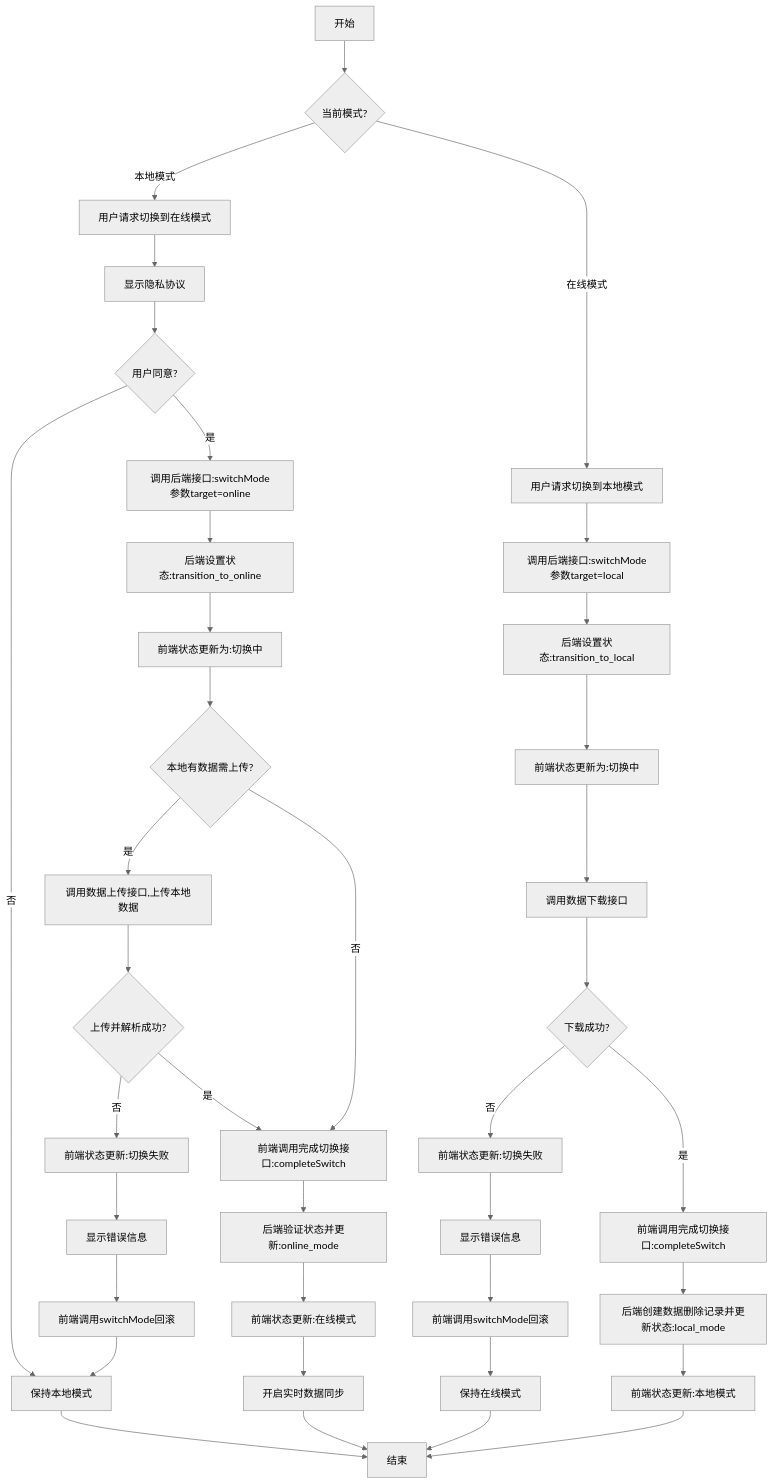
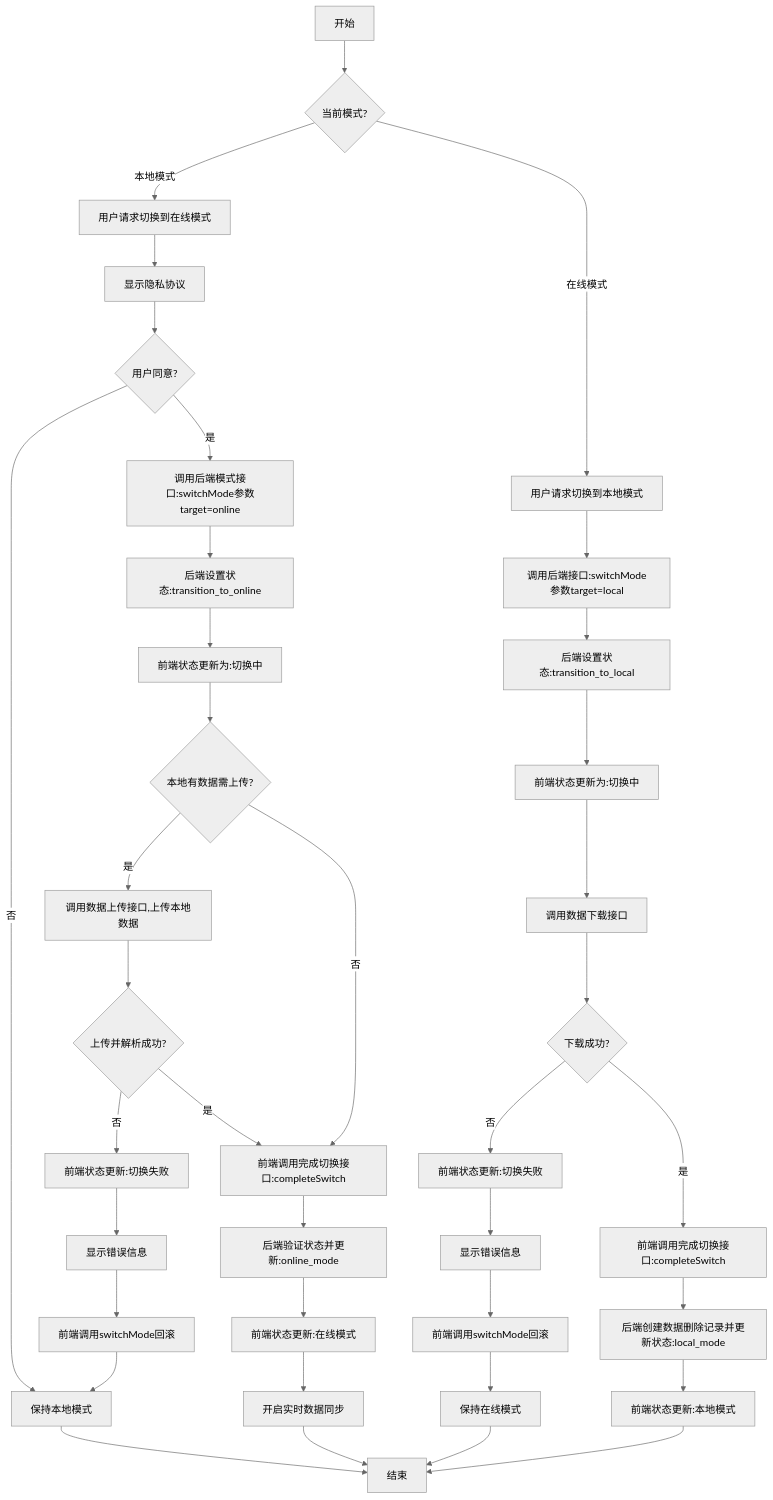
One commit to yingjianzh/iodraw-files changed the diagram in all/未命名-58.md. Above: the diagram before and after it, drawn with Mermaid (neutral theme).

Commit message:
2025-05-14 10:33:40 update

````diff
--- a/all/未命名-58.md
+++ b/all/未命名-58.md
@@ -1,51 +1,51 @@
 ```mermaid
 flowchart TD
     A[开始] --> B{当前模式?}
     
     %% 本地模式转在线模式
     B -->|本地模式| C[用户请求切换到在线模式]
     C --> D[显示隐私协议]
     D --> E{用户同意?}
     E -->|否| F[保持本地模式]
     F --> Z[结束]
     
-    E -->|是| G[调用后端接口:switchMode参数target=online]
+    E -->|是| G[调用后端模式接口:switchMode参数target=online]
     G --> H[后端设置状态:transition_to_online]
     H --> I[前端状态更新为:切换中]
     
     I --> J{本地有数据需上传?}
     
     J -->|是| L[调用数据上传接口,上传本地数据]
     L --> M{上传并解析成功?}
     M -->|否| O[前端状态更新:切换失败]
     O --> P[显示错误信息]
     P --> Q[前端调用switchMode回滚]
     Q --> F
     
     J -->|否| R[前端调用完成切换接口:completeSwitch]
     M -->|是| R
     
     R --> S[后端验证状态并更新:online_mode]
     S --> T[前端状态更新:在线模式]
     T --> U[开启实时数据同步]
     U --> Z
     
     %% 在线模式转本地模式
     B -->|在线模式| V[用户请求切换到本地模式]
     V --> W[调用后端接口:switchMode参数target=local]
     W --> X[后端设置状态:transition_to_local]
     X --> Y[前端状态更新为:切换中]
     
     Y --> Z1[调用数据下载接口]
     Z1 --> AA{下载成功?}
     AA -->|否| AB[前端状态更新:切换失败]
     AB --> AC[显示错误信息]
     AC --> AD[前端调用switchMode回滚]
     AD --> AE[保持在线模式]
     AE --> Z
     
     AA -->|是| AF[前端调用完成切换接口:completeSwitch]
     AF --> AG[后端创建数据删除记录并更新状态:local_mode]
     AG --> AH[前端状态更新:本地模式]
     AH --> Z
 ```
````
